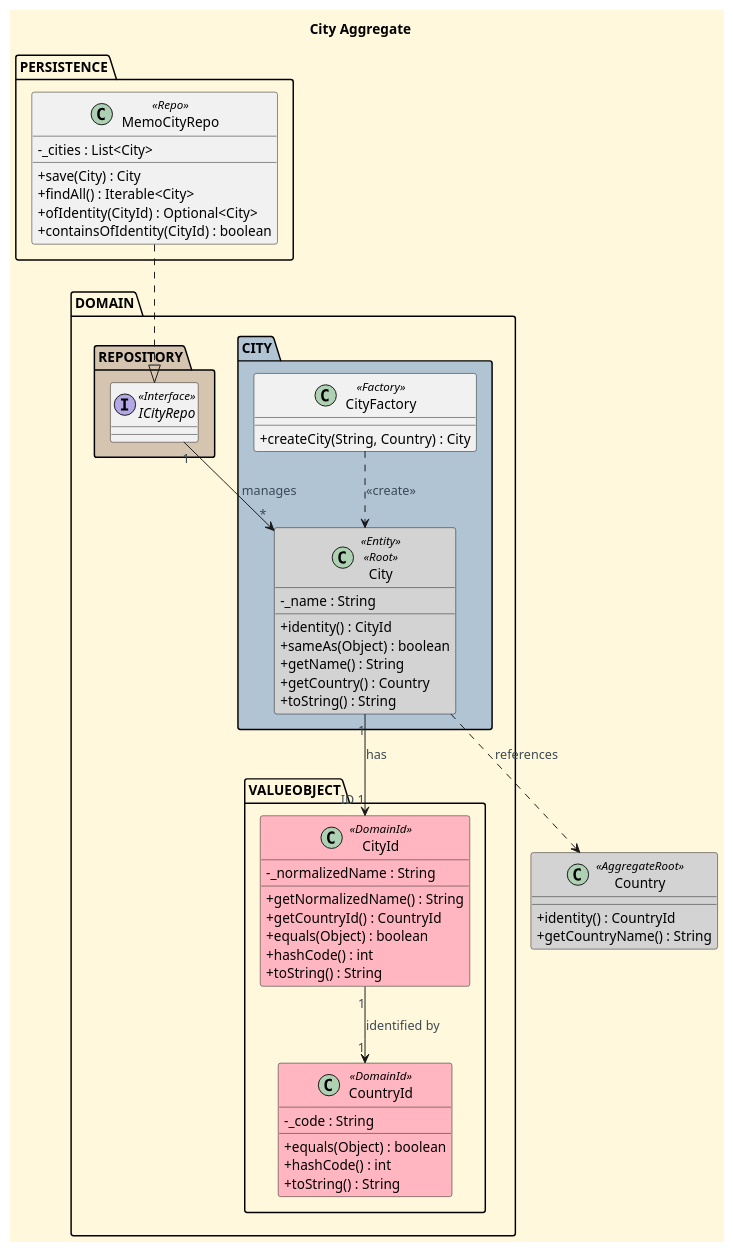
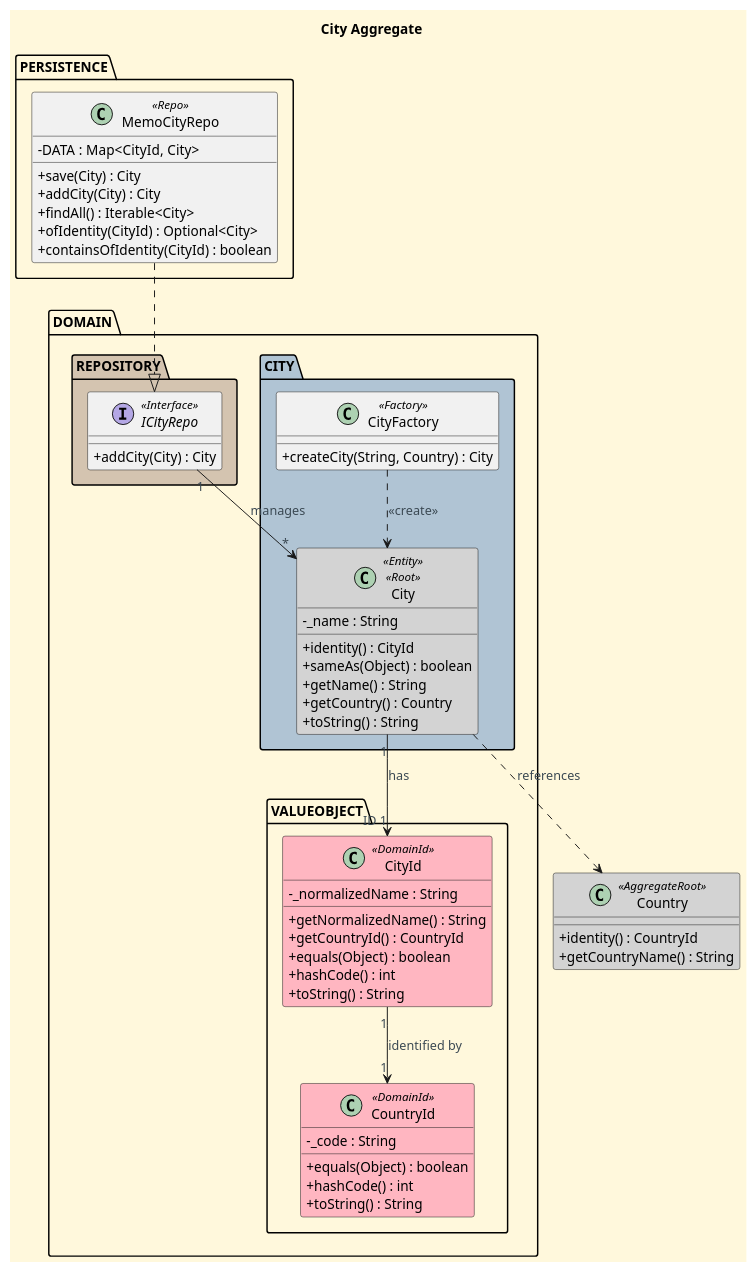
Before and after one commit to CarolinaLeite-collab/JavaMarketplacePlatform: the diagram in docs/aggregates-diagrams/City_Aggregate.puml, drawn with PlantUML.

Commit message:
Refactor: Update City aggregate diagram, Refs #475

```diff
--- a/docs/aggregates-diagrams/City_Aggregate.puml
+++ b/docs/aggregates-diagrams/City_Aggregate.puml
@@ -1,93 +1,96 @@
 @startuml
 
 '==== Title ====
 title City Aggregate
 top to bottom direction
 
 '==== basic style ====
 skinparam monochrome false
 skinparam shadowing false
 skinparam defaultFontName Futura
 skinparam objectFontSize 20
 skinparam backgroundColor CornSilk
 skinparam objectBackgroundColor WhiteSmoke
 skinparam noteBackgroundColor #FFFFE0
 skinparam ArrowFontColor #3B4953
 skinparam ActivationBackgroundColor black
 skinparam classAttributeIconSize 0
 
 ' ===== Persistence =====
 Package "PERSISTENCE" {
     class MemoCityRepo <<Repo>> {
-        - _cities : List<City>
+        - DATA : Map<CityId, City>
         + save(City) : City
+        + addCity(City) : City
         + findAll() : Iterable<City>
         + ofIdentity(CityId) : Optional<City>
         + containsOfIdentity(CityId) : boolean
     }
 }
 
 ' ===== Domain =====
 Package "DOMAIN" {
 
     Package "CITY" <<Folder>> #b0c4d4 {
 
         class City <<Entity>> <<Root>> #lightgrey {
             - _name : String
             + identity() : CityId
             + sameAs(Object) : boolean
             + getName() : String
             + getCountry() : Country
             + toString() : String
         }
 
         class CityFactory <<Factory>> {
             + createCity(String, Country) : City
         }
 
     }
 
     Package "VALUEOBJECT" {
 
         class CityId <<DomainId>> #LightPink {
             - _normalizedName : String
             + getNormalizedName() : String
             + getCountryId() : CountryId
             + equals(Object) : boolean
             + hashCode() : int
             + toString() : String
         }
 
         class CountryId <<DomainId>> #LightPink {
             - _code : String
             + equals(Object) : boolean
             + hashCode() : int
             + toString() : String
         }
 
     }
 
     Package "REPOSITORY" <<Folder>> #d4c4b0 {
-        interface ICityRepo <<Interface>>
+        interface ICityRepo <<Interface>>  {
+            + addCity(City) : City
+        }
     }
 
 }
 
 ' ===== Cross-aggregate reference =====
 class Country <<AggregateRoot>> #LightGray {
     + identity() : CountryId
     + getCountryName() : String
 }
 
 ' ===== Relations =====
 City "1" --> "ID 1" CityId : has
 CityId "1" --> "1" CountryId : identified by
 
 City ..> Country : references
 
 ICityRepo "1" --> "*" City : manages
 MemoCityRepo ..|> ICityRepo
 
 CityFactory ..> City : <<create>>
 
 @enduml
```
